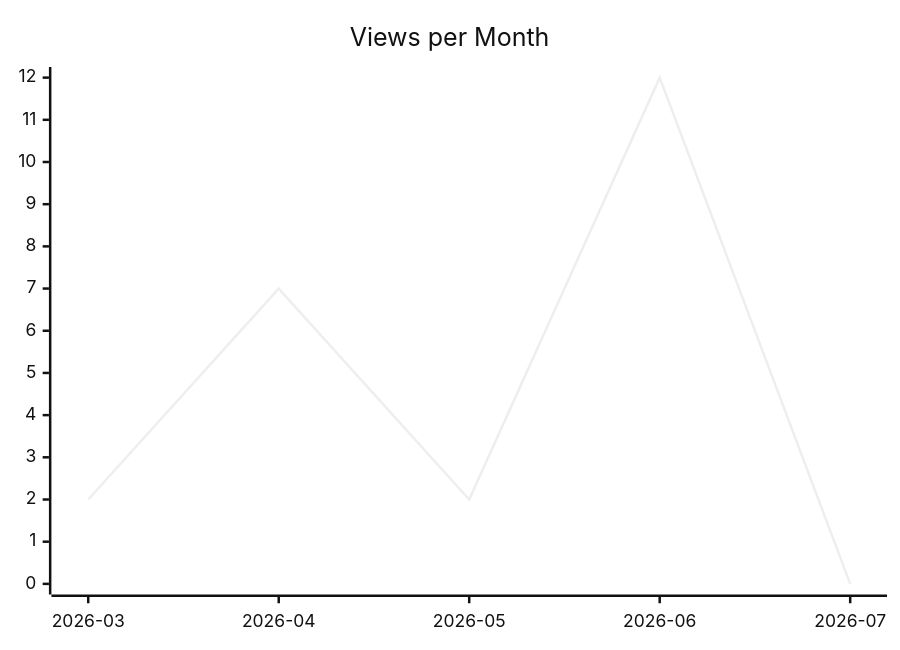
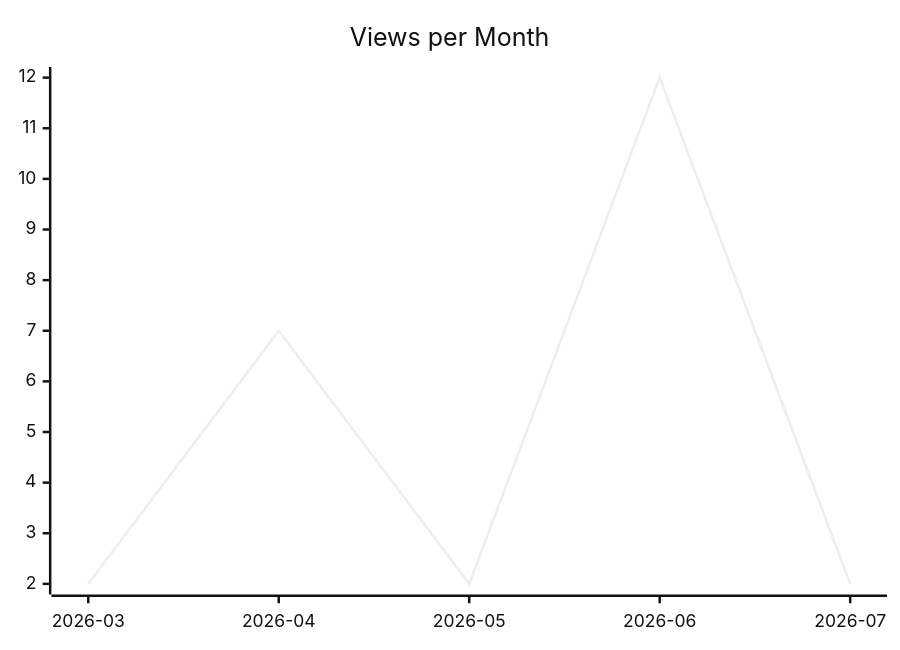
One commit to justdavis-family/github-analytics-data changed the second of 3 diagrams in karlmdavis/fhir-benchmarks/README.md. Above: the diagram before and after it, drawn with Mermaid (neutral theme). The commit also changed other lines of this file and 200 other files, not shown here.

````diff
--- a/karlmdavis/fhir-benchmarks/README.md
+++ b/karlmdavis/fhir-benchmarks/README.md
@@ -12,6 +12,6 @@
 ```mermaid
 xychart-beta
   title "Views per Month"
   x-axis ["2026-03", "2026-04", "2026-05", "2026-06", "2026-07"]
-  line [2, 7, 2, 12, 0]
+  line [2, 7, 2, 12, 2]
 ```
````
